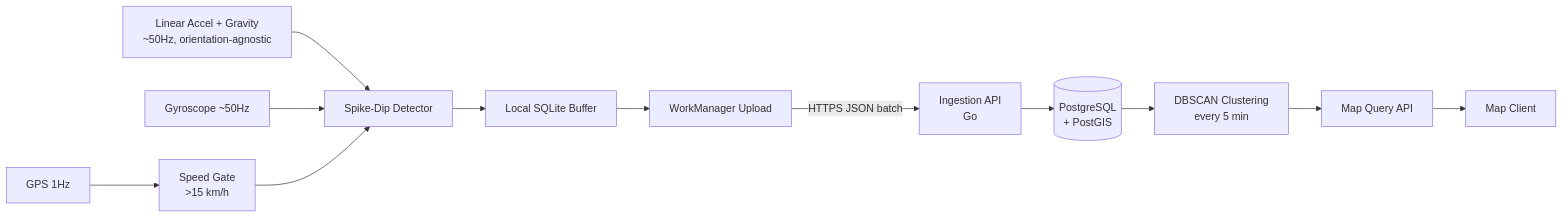
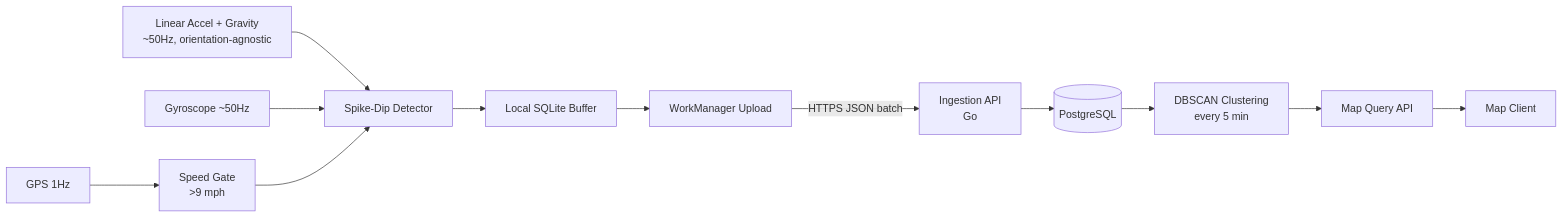
The diagram in README.md (neerajkumar-n/asphalt), drawn with Mermaid before and after one commit. The commit also changed other lines of this file and 37 other files, not shown here.

````diff
--- a/README.md
+++ b/README.md
@@ -60,14 +59,14 @@
 ```mermaid
 flowchart LR
     A[Linear Accel + Gravity\n~50Hz, orientation-agnostic] --> D[Spike-Dip Detector]
     B[Gyroscope ~50Hz] --> D
-    C[GPS 1Hz] --> G[Speed Gate\n>15 km/h]
+    C[GPS 1Hz] --> G[Speed Gate\n>9 mph]
     G --> D
     D --> E[Local SQLite Buffer]
     E --> F[WorkManager Upload]
     F -->|HTTPS JSON batch| H[Ingestion API\nGo]
-    H --> I[(PostgreSQL\n+ PostGIS)]
+    H --> I[(PostgreSQL)]
     I --> J[DBSCAN Clustering\nevery 5 min]
     J --> K[Map Query API]
     K --> L[Map Client]
 ```
````
